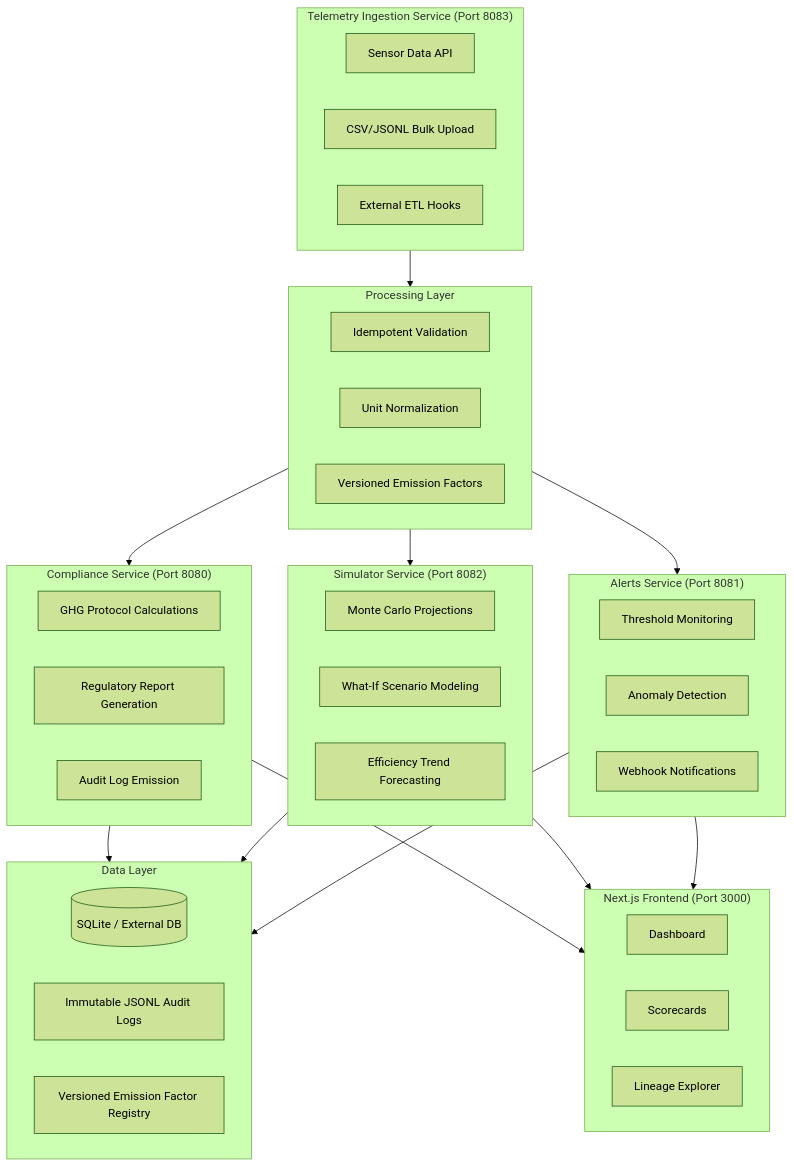
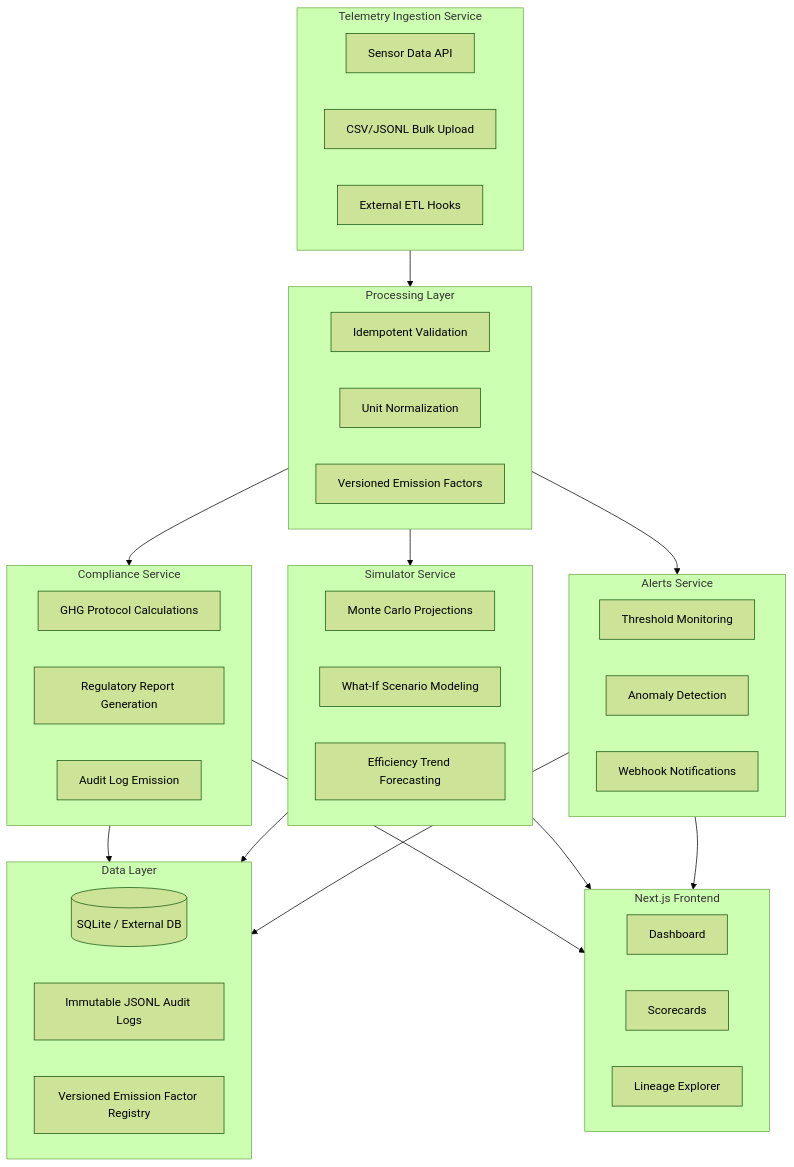
One commit to csmoot1995/esg-reporting-software changed the diagram in README.md. Above: the diagram before and after it, drawn with Mermaid (forest theme).

````diff
--- a/README.md
+++ b/README.md
@@ -39,54 +39,54 @@
 ```mermaid
 flowchart TB
-    subgraph Ingestion[" Telemetry Ingestion Service (Port 8083)"]
+    subgraph Ingestion[" Telemetry Ingestion Service"]
         A1[Sensor Data API]
         A2[CSV/JSONL Bulk Upload]
         A3[External ETL Hooks]
     end
 
     subgraph Processing[" Processing Layer"]
         B1[Idempotent Validation]
         B2[Unit Normalization]
         B3[Versioned Emission Factors]
     end
 
-    subgraph Compliance[" Compliance Service (Port 8080)"]
+    subgraph Compliance[" Compliance Service"]
         C1[GHG Protocol Calculations]
         C2[Regulatory Report Generation]
         C3[Audit Log Emission]
     end
 
-    subgraph Simulator[" Simulator Service (Port 8082)"]
+    subgraph Simulator[" Simulator Service"]
         D1[Monte Carlo Projections]
         D2[What-If Scenario Modeling]
         D3[Efficiency Trend Forecasting]
     end
 
-    subgraph Alerts[" Alerts Service (Port 8081)"]
+    subgraph Alerts[" Alerts Service"]
         E1[Threshold Monitoring]
         E2[Anomaly Detection]
         E3[Webhook Notifications]
     end
 
     subgraph Storage[" Data Layer"]
         F1[(SQLite / External DB)]
         F2[Immutable JSONL Audit Logs]
         F3[Versioned Emission Factor Registry]
     end
 
-    subgraph Frontend[" Next.js Frontend (Port 3000)"]
+    subgraph Frontend[" Next.js Frontend"]
         G1[Dashboard]
         G2[Scorecards]
         G3[Lineage Explorer]
     end
 
     Ingestion --> Processing --> Compliance
     Processing --> Simulator
     Processing --> Alerts
     Compliance --> Storage
     Simulator --> Storage
     Alerts --> Storage
     Compliance --> Frontend
     Simulator --> Frontend
     Alerts --> Frontend
 ```
````
